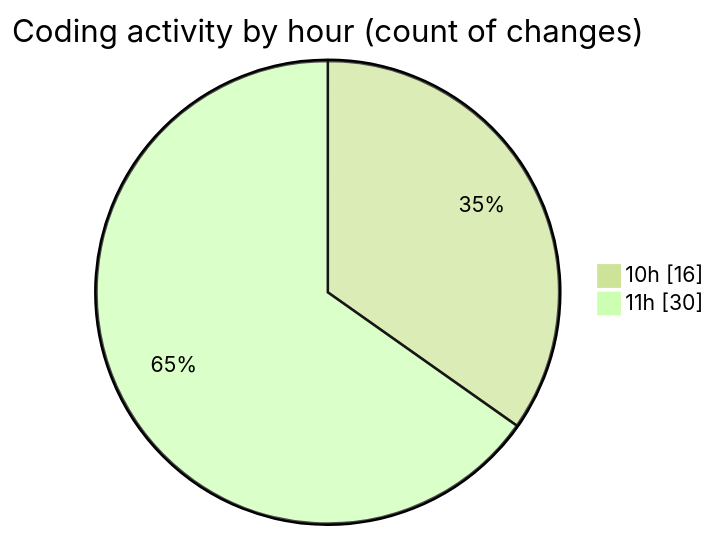
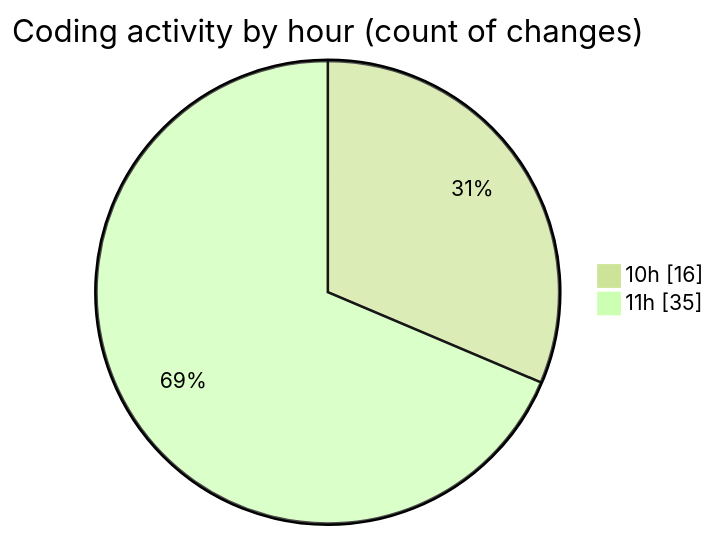
One commit to charlie-sans/code-tracking changed the second of 2 diagrams in 2025-02-20/micros/README.md. Above: the diagram before and after it, drawn with Mermaid (forest theme). The commit also changed other lines of this file and 1 other file, not shown here.

````diff
--- a/2025-02-20/micros/README.md
+++ b/2025-02-20/micros/README.md
@@ -48,6 +48,6 @@
 ```mermaid
 pie showData
 title Coding activity by hour (count of changes)
 "10h" : 16
-"11h" : 30
+"11h" : 35
 ```
````
